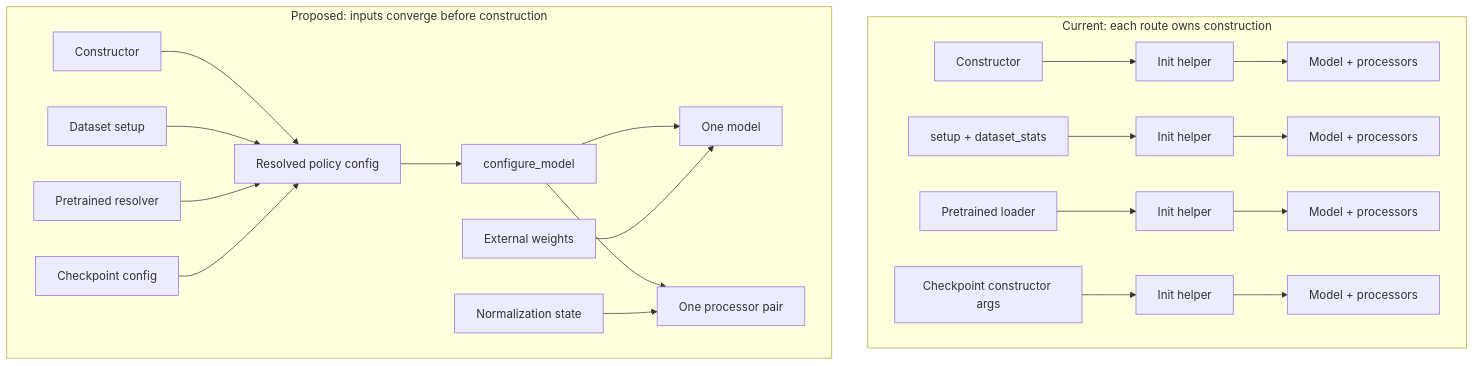
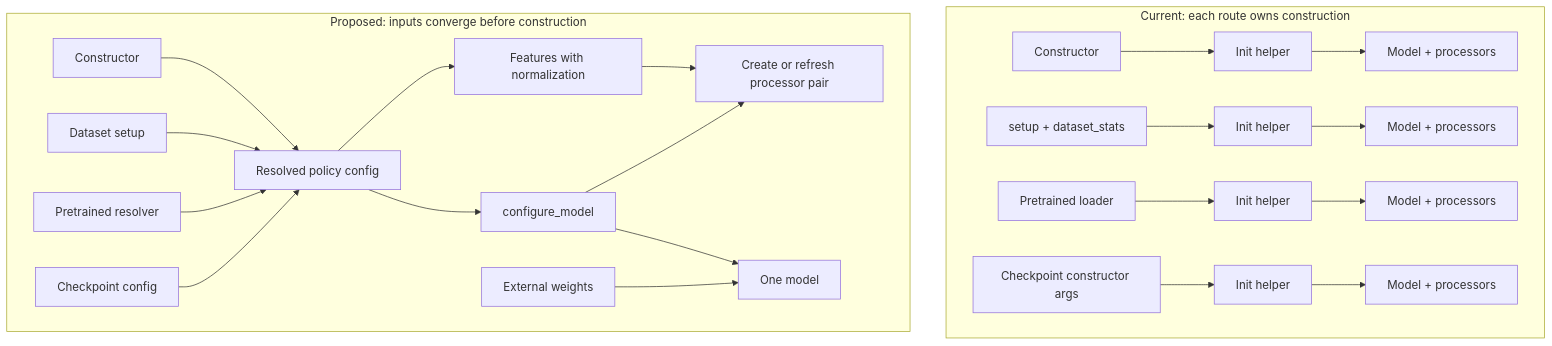
The sixth of 6 diagrams in library/docs/explanation/policy/current-policies.md (alfieroddan/physical-ai-studio), drawn with Mermaid before and after one commit. The commit also changed other lines of this file and 6 other files, not shown here.

````diff
--- a/library/docs/explanation/policy/current-policies.md
+++ b/library/docs/explanation/policy/current-policies.md
@@ -247,27 +247,28 @@
 ```mermaid
 flowchart TB
     subgraph Current[Current: each route owns construction]
         direction LR
         B1[Constructor] --> I1[Init helper]
         B2[setup + dataset_stats] --> I2[Init helper]
         B3[Pretrained loader] --> I3[Init helper]
         B4[Checkpoint constructor args] --> I4[Init helper]
         I1 --> M1[Model + processors]
         I2 --> M2[Model + processors]
         I3 --> M3[Model + processors]
         I4 --> M4[Model + processors]
     end
 
     subgraph Proposed[Proposed: inputs converge before construction]
         direction LR
         A1[Constructor] --> C[Resolved policy config]
         A2[Dataset setup] --> C
         A3[Pretrained resolver] --> C
         A4[Checkpoint config] --> C
         C --> G[configure_model]
         G --> M[One model]
-        G --> P[One processor pair]
-        N[Normalization state] --> P
+        G --> P[Create or refresh processor pair]
+        C --> F[Features with normalization]
+        F --> P
         W[External weights] --> M
     end
 ```
````
